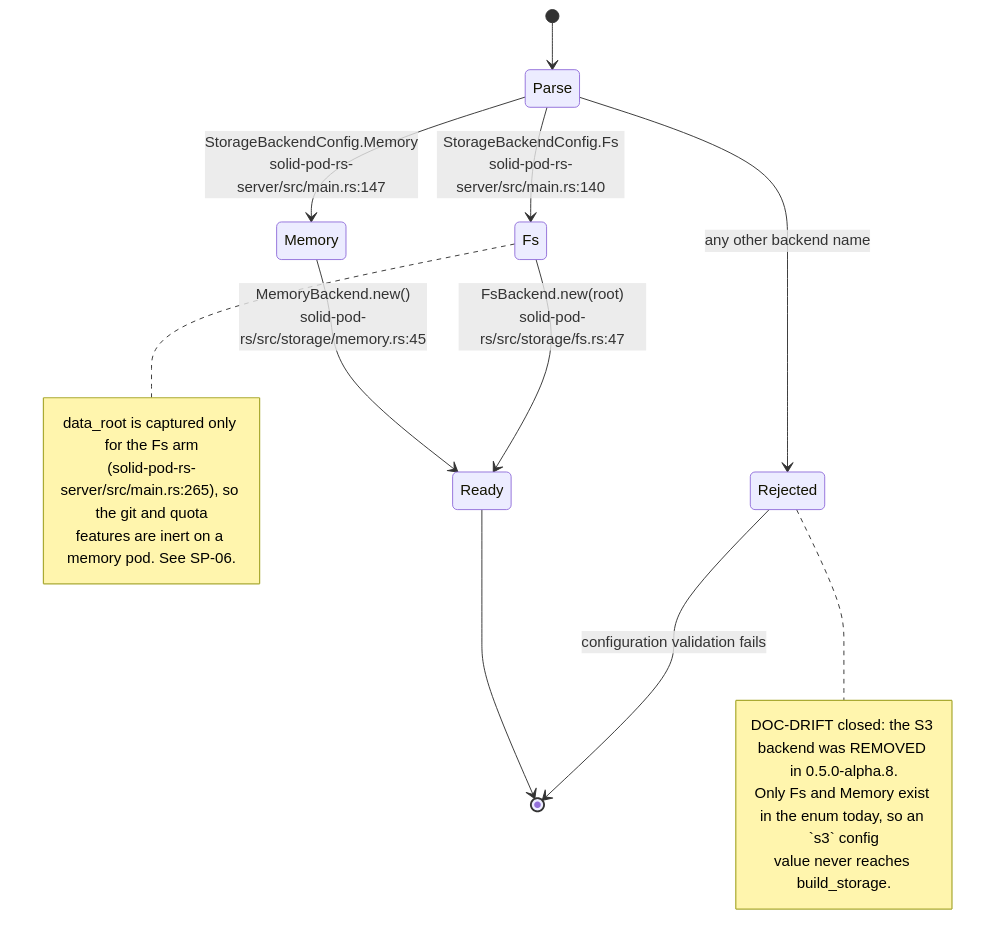
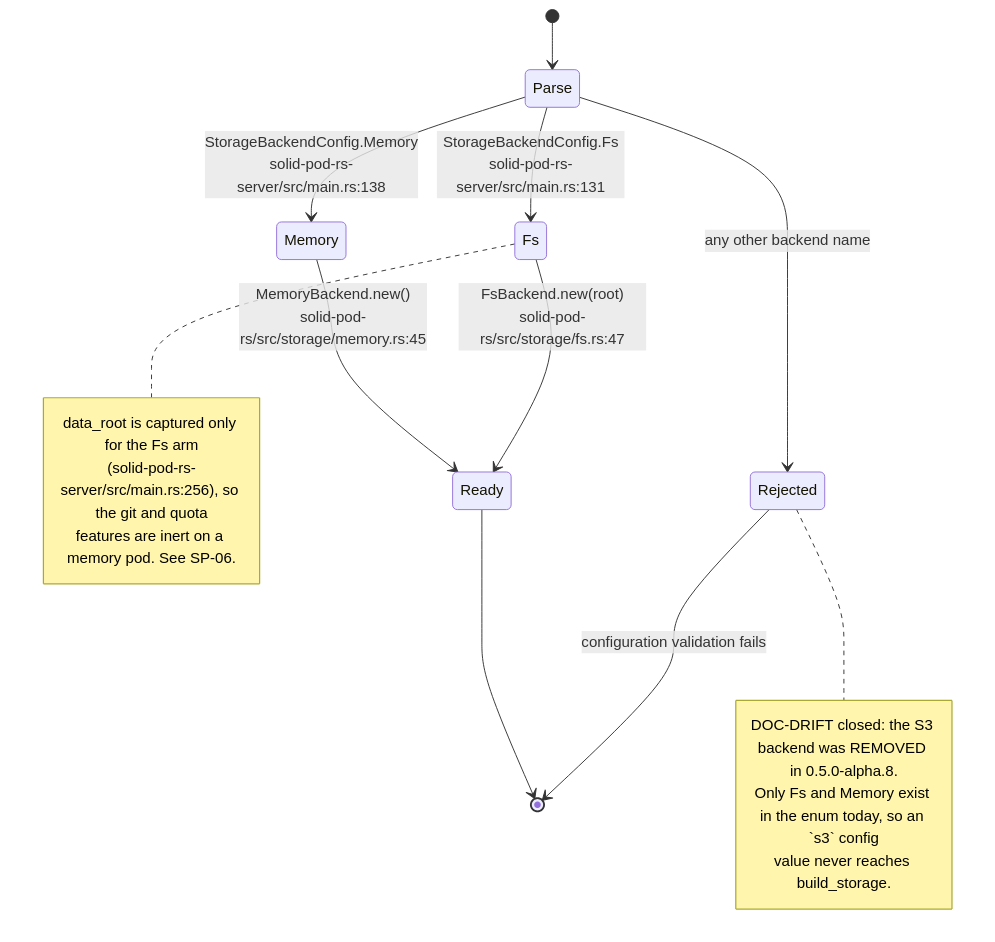
Before and after one commit to DreamLab-AI/VisionFlow: the fifth of 11 diagrams in docs/diagrams/solid-pod-rs/02-server-boot-and-routes.md, drawn with Mermaid. The commit also changed other lines of this file and 21 other files, not shown here.

Commit message:
docs(diagrams): refresh first verified estate batch

````diff
--- a/docs/diagrams/solid-pod-rs/02-server-boot-and-routes.md
+++ b/docs/diagrams/solid-pod-rs/02-server-boot-and-routes.md
@@ -136,24 +134,24 @@
 ```mermaid
 stateDiagram-v2
     [*] --> Parse
-    Parse --> Fs: StorageBackendConfig.Fs<br/>solid-pod-rs-server/src/main.rs:140
-    Parse --> Memory: StorageBackendConfig.Memory<br/>solid-pod-rs-server/src/main.rs:147
+    Parse --> Fs: StorageBackendConfig.Fs<br/>solid-pod-rs-server/src/main.rs:131
+    Parse --> Memory: StorageBackendConfig.Memory<br/>solid-pod-rs-server/src/main.rs:138
     Parse --> Rejected: any other backend name
 
     Fs --> Ready: FsBackend.new(root)<br/>solid-pod-rs/src/storage/fs.rs:47
     Memory --> Ready: MemoryBackend.new()<br/>solid-pod-rs/src/storage/memory.rs:45
     Rejected --> [*]: configuration validation fails
 
     Ready --> [*]
 
     note right of Rejected
       DOC-DRIFT closed: the S3 backend was REMOVED in 0.5.0-alpha.8.
       Only Fs and Memory exist in the enum today, so an `s3` config
       value never reaches build_storage.
     end note
     note right of Fs
       data_root is captured only for the Fs arm
-      (solid-pod-rs-server/src/main.rs:265), so the git and quota
+      (solid-pod-rs-server/src/main.rs:256), so the git and quota
       features are inert on a memory pod. See SP-06.
     end note
 ```
````
